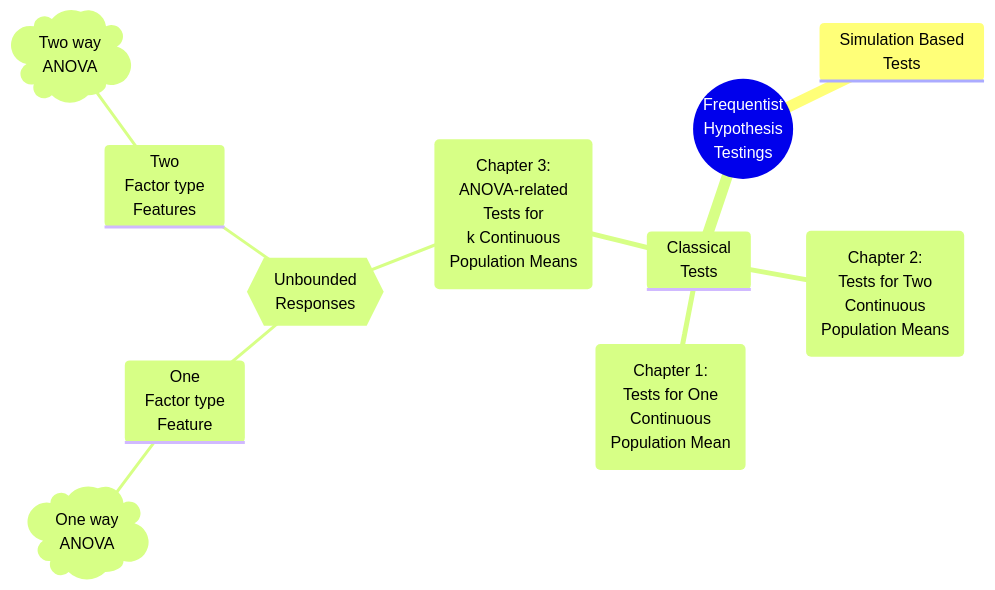
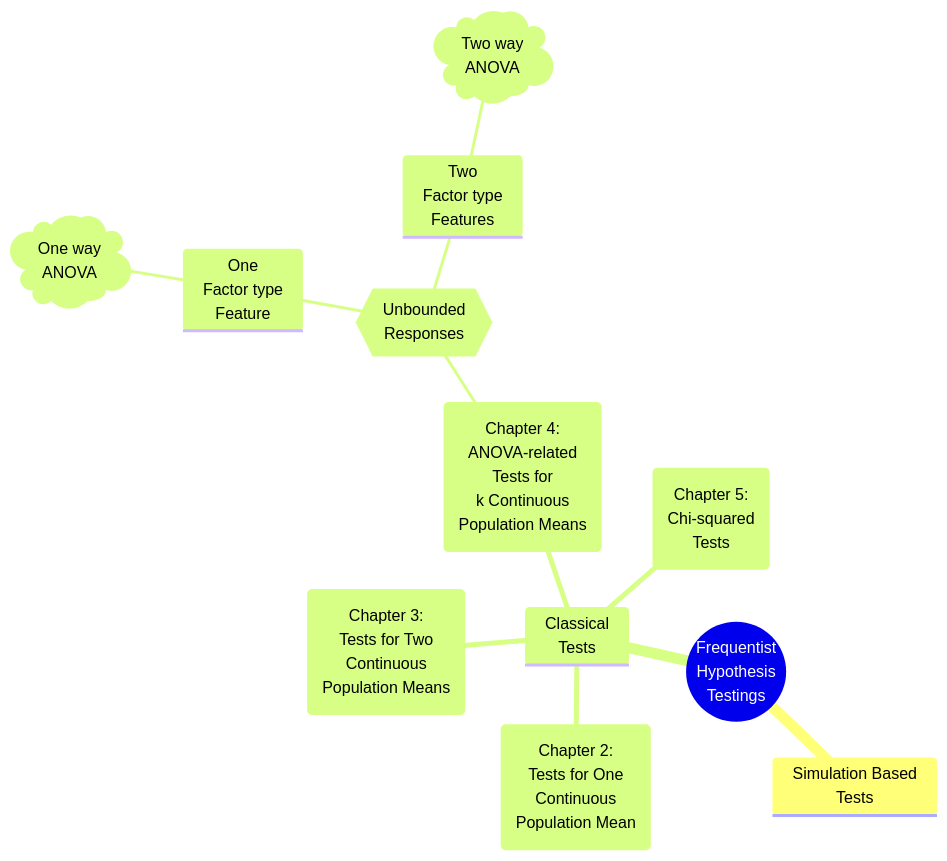
One commit to pnickchi/test-book changed the diagram in book/chapter4-ANOVA.qmd. Above: the diagram before and after it, drawn with Mermaid. The commit also changed other lines of this file and 16 other files, not shown here.

````diff
--- a/book/chapter4-ANOVA.qmd
+++ b/book/chapter4-ANOVA.qmd
@@ -67,17 +67,18 @@
 ```{mermaid}
 mindmap
   root((Frequentist
   Hypothesis 
   Testings
   ))
     Simulation Based<br/>Tests
     Classical<br/>Tests
-      (Chapter 1: <br/>Tests for One<br/>Continuous<br/>Population Mean)
-      (Chapter 2: <br/>Tests for Two<br/>Continuous<br/>Population Means)
-      (Chapter 3: <br/>ANOVA-related <br/>Tests for<br/>k Continuous<br/>Population Means)
+      (Chapter 2: <br/>Tests for One<br/>Continuous<br/>Population Mean)
+      (Chapter 3: <br/>Tests for Two<br/>Continuous<br/>Population Means)
+      (Chapter 4: <br/>ANOVA-related <br/>Tests for<br/>k Continuous<br/>Population Means)
         {{Unbounded<br/>Responses}}
           One<br/>Factor type<br/>Feature
             )One way<br/>ANOVA(
           Two<br/>Factor type<br/>Features
             )Two way<br/>ANOVA(
+      (Chapter 5: <br/>Chi-squared<br/>Tests)
 ```
````
